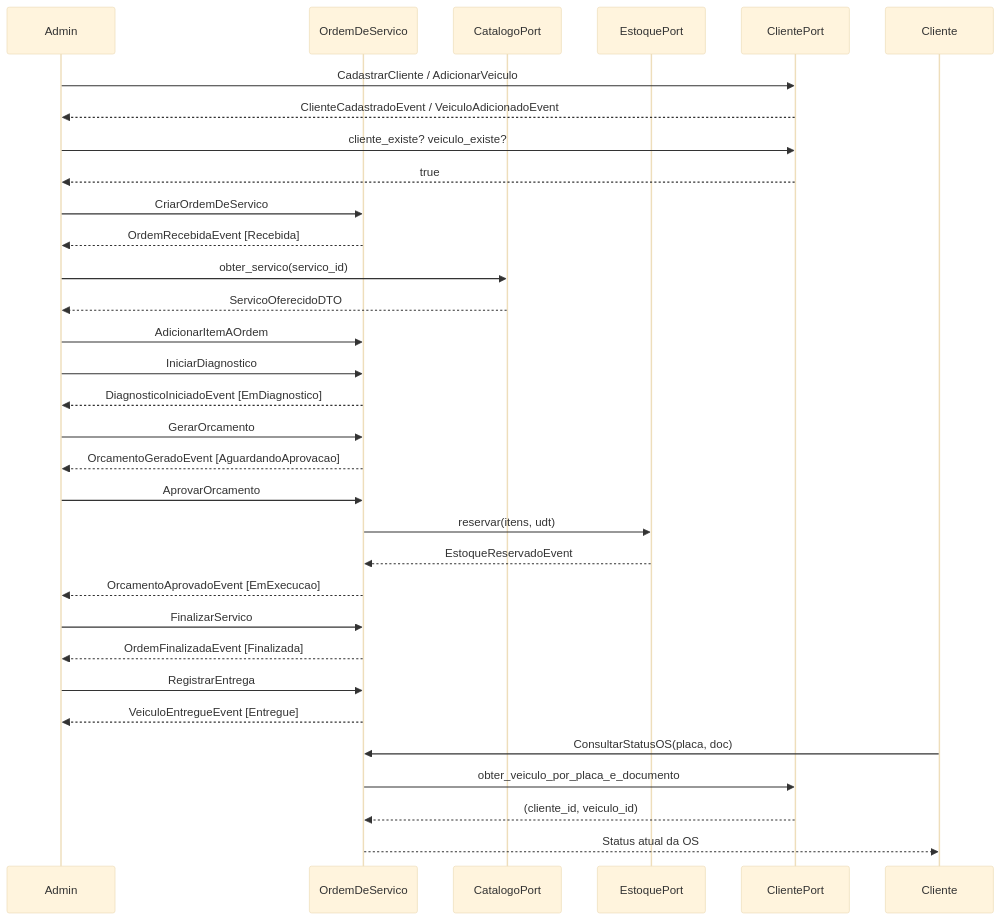
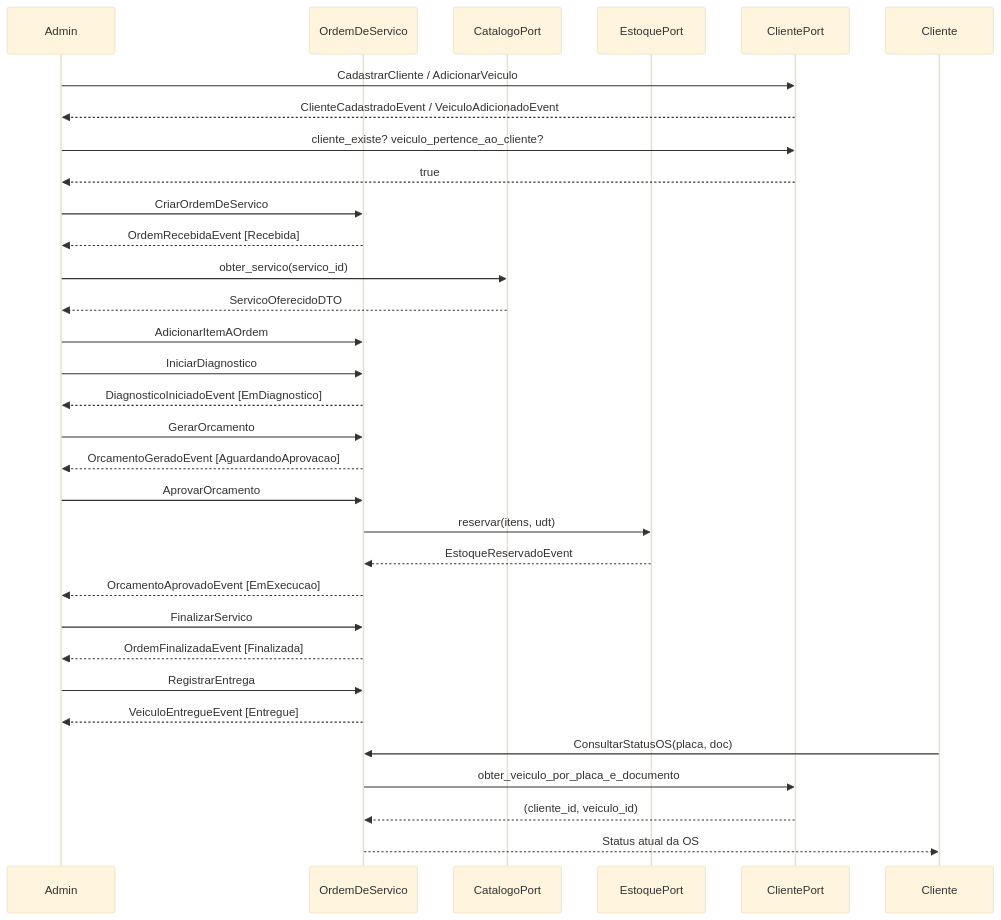
One commit to fiap-postech-sw-architecture/postech-sw-arch-p2 changed the second of 2 diagrams in docs/arquitetura/event-storming/fluxo-1-ciclo-os.md. Above: the diagram before and after it, drawn with Mermaid (base theme). The commit also changed other lines of this file and 31 other files, not shown here.

````diff
--- a/docs/arquitetura/event-storming/fluxo-1-ciclo-os.md
+++ b/docs/arquitetura/event-storming/fluxo-1-ciclo-os.md
@@ -168,43 +168,43 @@
 ```mermaid
 sequenceDiagram
     participant Admin
     participant OS as OrdemDeServico
     participant Cat as CatalogoPort
     participant Est as EstoquePort
     participant Cli as ClientePort
     participant Cliente
 
     Admin->>Cli: CadastrarCliente / AdicionarVeiculo
     Cli-->>Admin: ClienteCadastradoEvent / VeiculoAdicionadoEvent
 
-    Admin->>Cli: cliente_existe? veiculo_existe?
+    Admin->>Cli: cliente_existe? veiculo_pertence_ao_cliente?
     Cli-->>Admin: true
     Admin->>OS: CriarOrdemDeServico
     OS-->>Admin: OrdemRecebidaEvent [Recebida]
 
     Admin->>Cat: obter_servico(servico_id)
     Cat-->>Admin: ServicoOferecidoDTO
     Admin->>OS: AdicionarItemAOrdem
 
     Admin->>OS: IniciarDiagnostico
     OS-->>Admin: DiagnosticoIniciadoEvent [EmDiagnostico]
 
     Admin->>OS: GerarOrcamento
     OS-->>Admin: OrcamentoGeradoEvent [AguardandoAprovacao]
 
     Admin->>OS: AprovarOrcamento
     OS->>Est: reservar(itens, udt)
     Est-->>OS: EstoqueReservadoEvent
     OS-->>Admin: OrcamentoAprovadoEvent [EmExecucao]
 
     Admin->>OS: FinalizarServico
     OS-->>Admin: OrdemFinalizadaEvent [Finalizada]
 
     Admin->>OS: RegistrarEntrega
     OS-->>Admin: VeiculoEntregueEvent [Entregue]
 
     Cliente->>OS: ConsultarStatusOS(placa, doc)
     OS->>Cli: obter_veiculo_por_placa_e_documento
     Cli-->>OS: (cliente_id, veiculo_id)
     OS-->>Cliente: Status atual da OS
 ```
````
